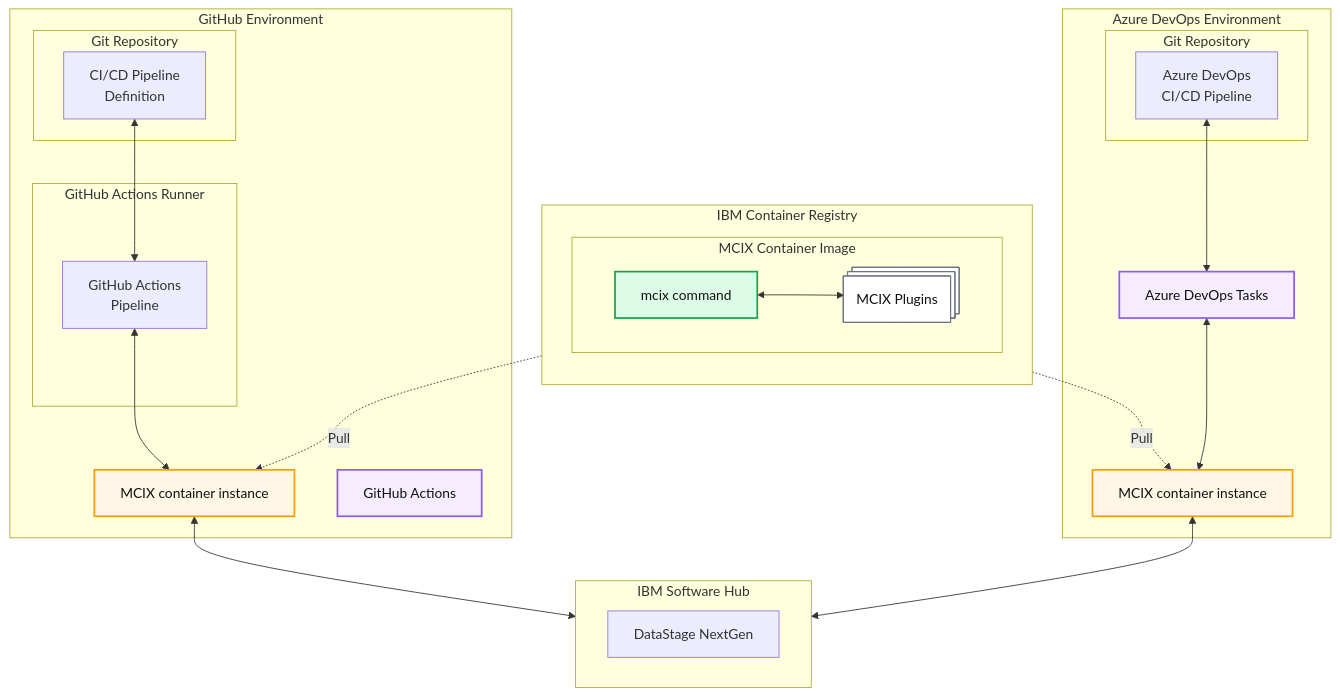
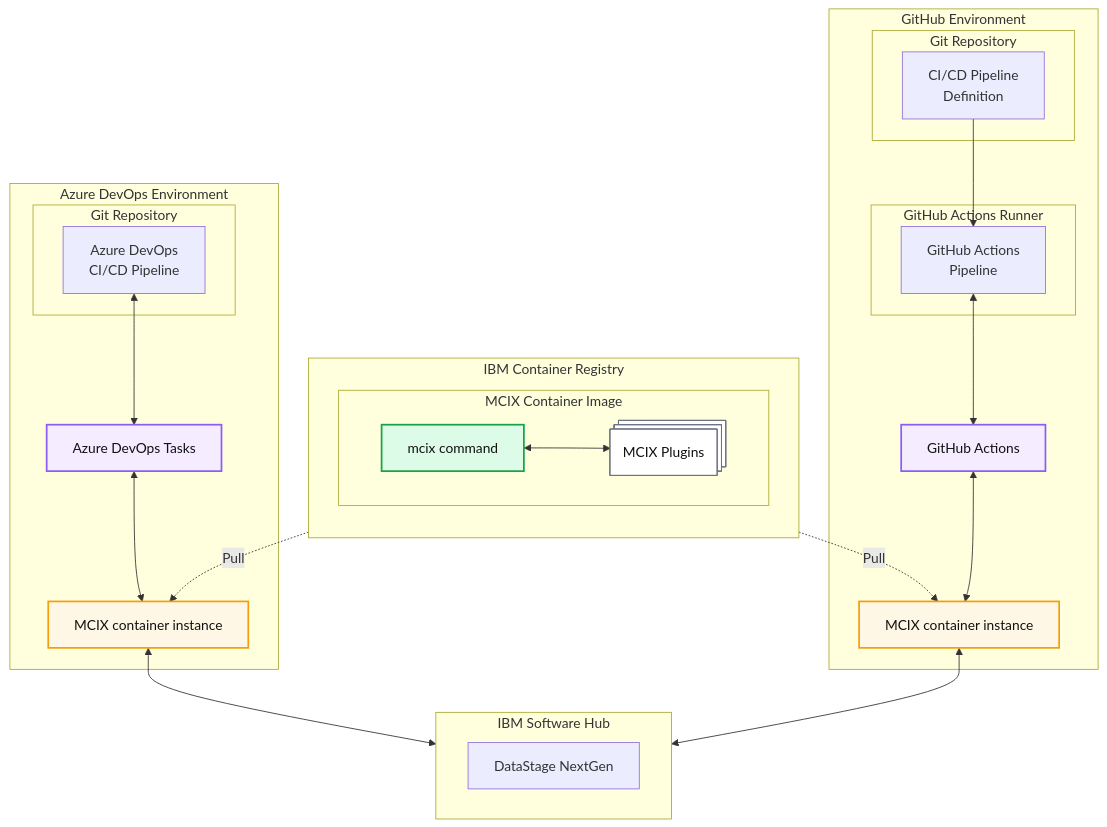
One commit to MettleCI/mcix changed the diagram in ARCHITECTURE.md. Above: the diagram before and after it, drawn with Mermaid.

Commit message:
Update architecture diagram references

```diff
--- a/ARCHITECTURE.md
+++ b/ARCHITECTURE.md
@@ -29,8 +29,9 @@
   class GHCONT runtime
 
   %% GH Tooling references 
-  GHPIPE <--> GHACT
-  GHACT <--> GHCONT
+  GHPIPE --> GHACT
+  GHACT <--> GHA
+  GHA <--> GHCONT
 
   %% =========================
   %% Registry
```
